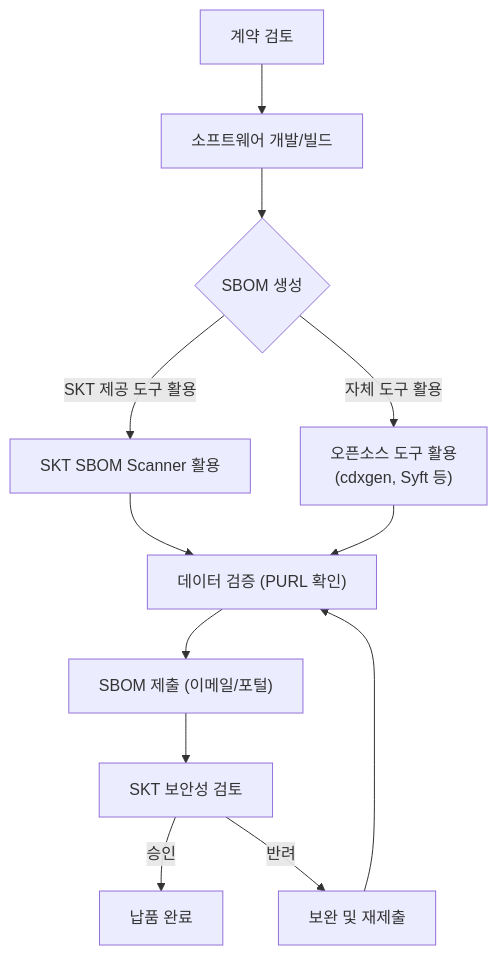
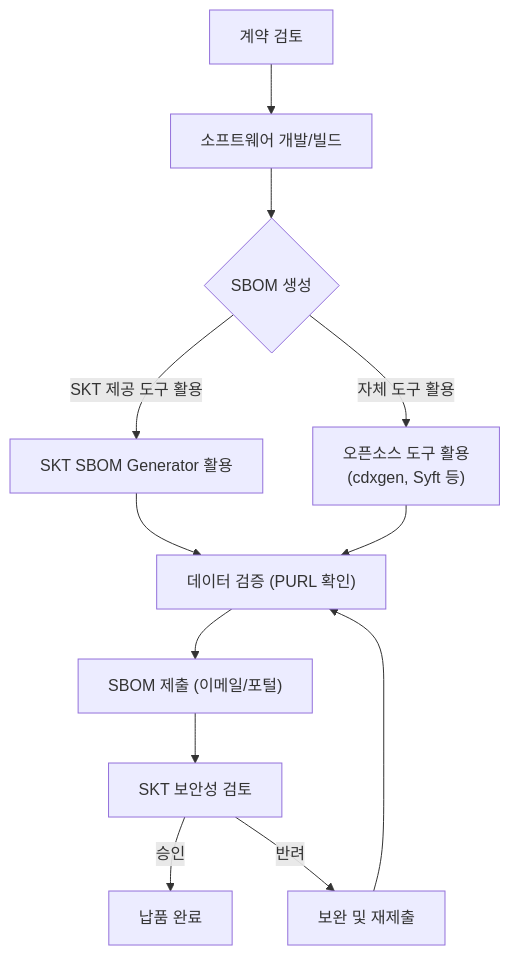
Before and after one commit to sktelecom/sktelecom.github.io: the diagram in content/ko/guide/supply-chain/for-suppliers/_index.md, drawn with Mermaid. The commit also changed other lines of this file and 10 other files, not shown here.

First line of the commit message:
docs(supply-chain): 가이드 검증 오류 수정 및 SBOM Generator 페이지 정비

````diff
--- a/content/ko/guide/supply-chain/for-suppliers/_index.md
+++ b/content/ko/guide/supply-chain/for-suppliers/_index.md
@@ -26,15 +26,15 @@
 ```mermaid
 flowchart TD
     A[계약 검토] --> B["소프트웨어 개발/빌드"]
     B --> C{SBOM 생성}
-    C -->|SKT 제공 도구 활용| D[SKT SBOM Scanner 활용]
+    C -->|SKT 제공 도구 활용| D[SKT SBOM Generator 활용]
     C -->|자체 도구 활용| E["오픈소스 도구 활용<br>(cdxgen, Syft 등)"]
     D --> F["데이터 검증 (PURL 확인)"]
     E --> F
     F --> G["SBOM 제출 (이메일/포털)"]
     G --> H[SKT 보안성 검토]
     H -->|승인| I[납품 완료]
     H -->|반려| J[보완 및 재제출]
     J --> F
 
 ```
````
